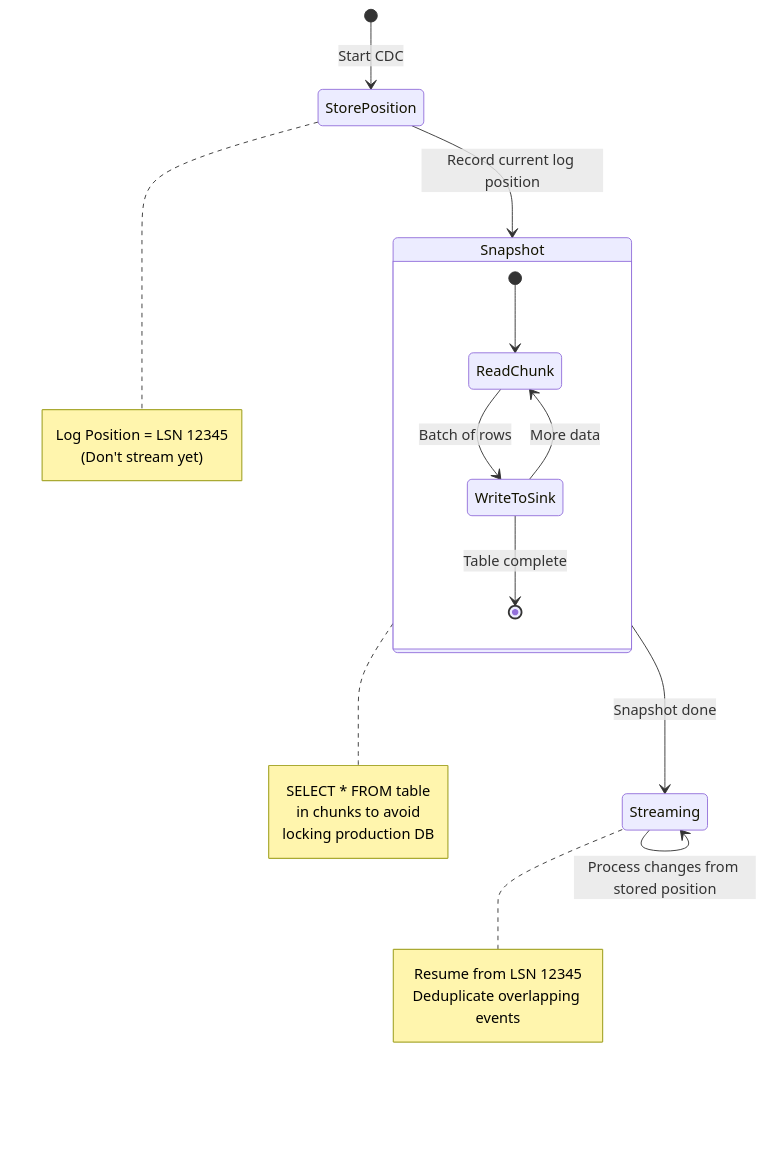
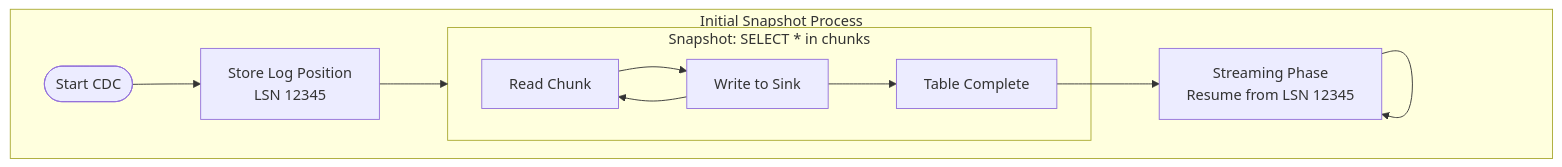
Before and after one commit to udaytamma/Cyrus: the fifth of 7 diagrams in gemini-responses/change-data-capture-cdc-20260120-0919.md, drawn with Mermaid. The commit also changed 8 other files, not shown here.

First line of the commit message:
Add pre-commit validation with Mermaid syntax checking

````diff
--- a/gemini-responses/change-data-capture-cdc-20260120-0919.md
+++ b/gemini-responses/change-data-capture-cdc-20260120-0919.md
@@ -255,31 +255,16 @@
 ```mermaid
-stateDiagram-v2
-    [*] --> StorePosition: Start CDC
-    StorePosition --> Snapshot: Record current log position
+flowchart TB
+    subgraph "Initial Snapshot Process"
+        Start([Start CDC]) --> Store["Store Log Position<br/>LSN 12345"]
+        Store --> Snap["Snapshot Phase"]
 
-    state Snapshot {
-        [*] --> ReadChunk
-        ReadChunk --> WriteToSink: Batch of rows
-        WriteToSink --> ReadChunk: More data
-        WriteToSink --> [*]: Table complete
-    }
+        subgraph Snap["Snapshot: SELECT * in chunks"]
+            Read[Read Chunk] --> Write[Write to Sink]
+            Write --> Read
+            Write --> Done[Table Complete]
+        end
 
-    Snapshot --> Streaming: Snapshot done
-    Streaming --> Streaming: Process changes from stored position
-
-    note right of StorePosition
-        Log Position = LSN 12345
-        (Don't stream yet)
-    end note
-
-    note right of Snapshot
-        SELECT * FROM table
-        in chunks to avoid
-        locking production DB
-    end note
-
-    note right of Streaming
-        Resume from LSN 12345
-        Deduplicate overlapping events
-    end note
+        Done --> Stream["Streaming Phase<br/>Resume from LSN 12345"]
+        Stream --> Stream
+    end
 ```
````
